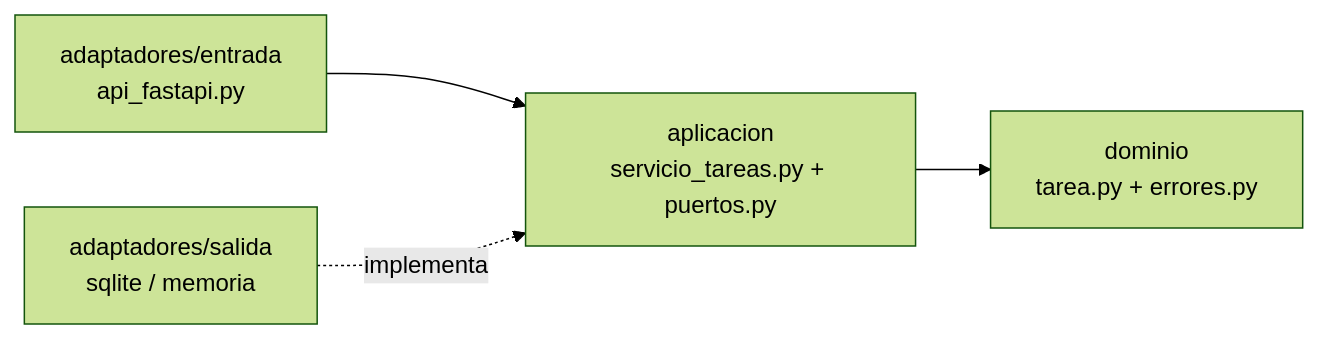
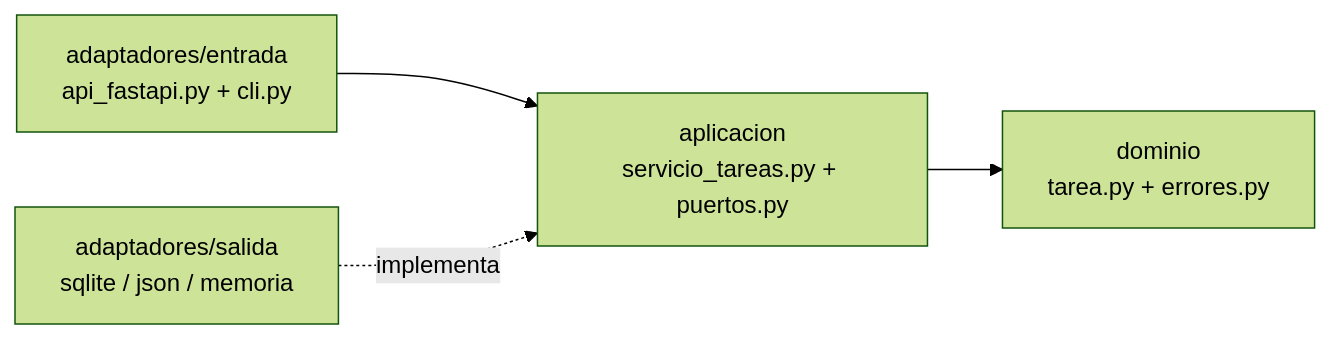
The first of 2 diagrams in README.md (nico-alvz/arquitectura-hexagonal-python), drawn with Mermaid (forest theme) before and after one commit. The commit also changed other lines of this file and 2 other files, not shown here.

Commit message:
docs: clarify architecture and add hands-on learning guide

````diff
--- a/README.md
+++ b/README.md
@@ -43,6 +53,6 @@
 ```mermaid
 flowchart LR
-    Entrada["adaptadores/entrada<br/>api_fastapi.py"] --> App["aplicacion<br/>servicio_tareas.py + puertos.py"]
+    Entrada["adaptadores/entrada<br/>api_fastapi.py + cli.py"] --> App["aplicacion<br/>servicio_tareas.py + puertos.py"]
     App --> Dominio["dominio<br/>tarea.py + errores.py"]
-    Salida["adaptadores/salida<br/>sqlite / memoria"] -. implementa .-> App
+    Salida["adaptadores/salida<br/>sqlite / json / memoria"] -. implementa .-> App
 ```
````
